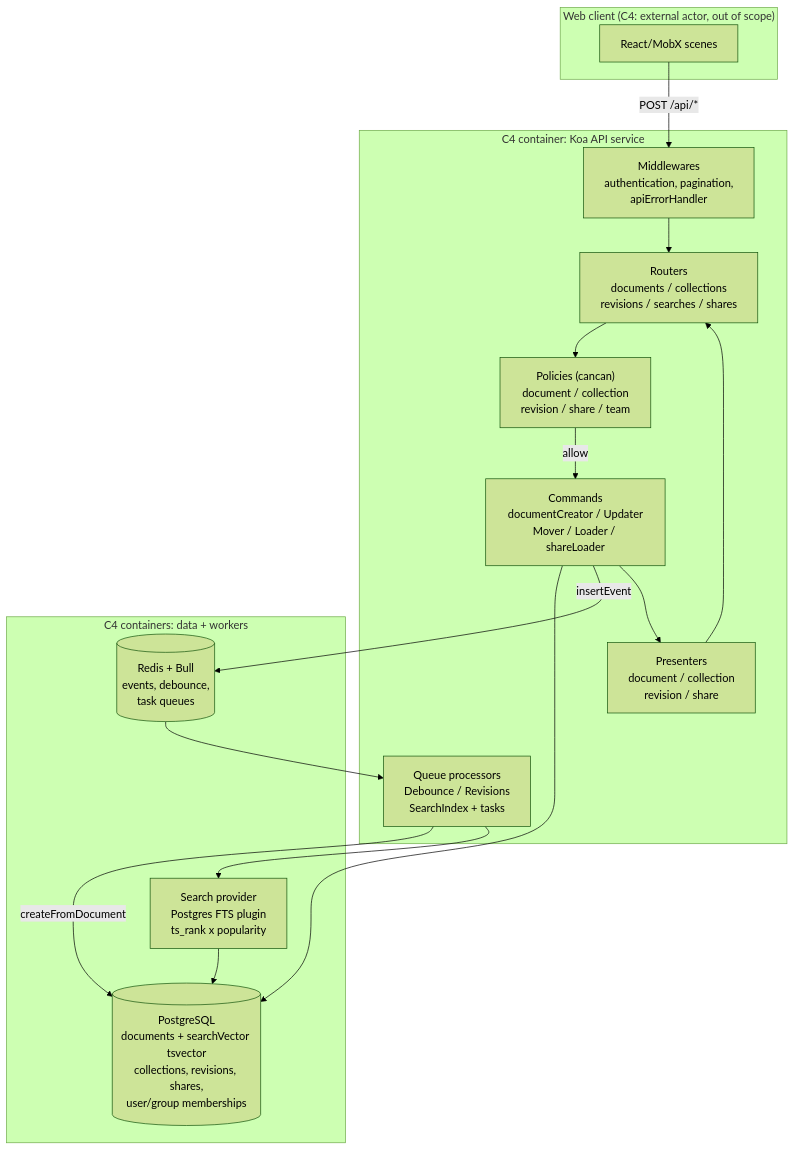
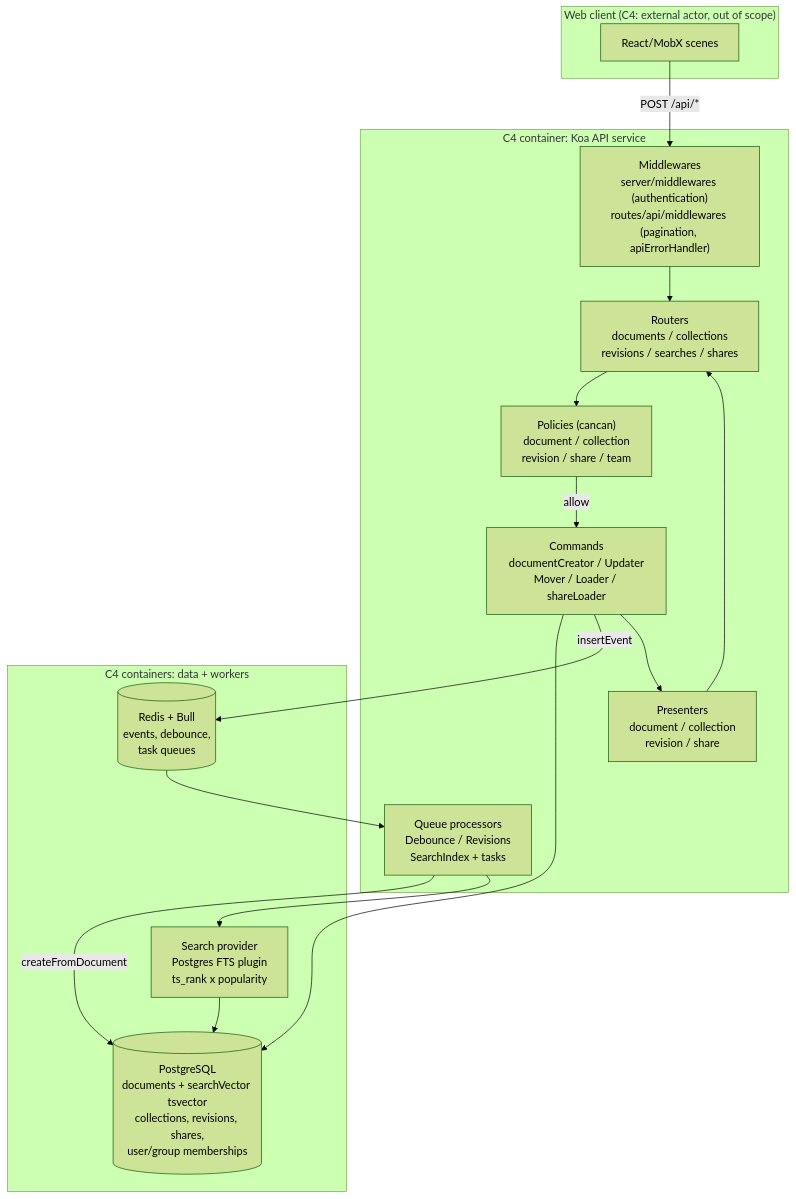
One commit to alphatrann/outline changed the second of 6 diagrams in docs/sprint1/dataflows.md. Above: the diagram before and after it, drawn with Mermaid (forest theme). The commit also changed other lines of this file and 2 other files, not shown here.

Commit message:
docs(sprint1): single-source diagrams inline, drop .mmd copies

````diff
--- a/docs/sprint1/dataflows.md
+++ b/docs/sprint1/dataflows.md
@@ -29,31 +29,31 @@
 ```mermaid
 flowchart TB
   subgraph Client["Web client (C4: external actor, out of scope)"]
     UI["React/MobX scenes"]
   end
   subgraph API["C4 container: Koa API service"]
-    MW["Middlewares<br/>authentication, pagination,<br/>apiErrorHandler"]
+    MW["Middlewares<br/>server/middlewares (authentication)<br/>routes/api/middlewares (pagination, apiErrorHandler)"]
     Router["Routers<br/>documents / collections<br/>revisions / searches / shares"]
     Pol["Policies (cancan)<br/>document / collection<br/>revision / share / team"]
     Cmd["Commands<br/>documentCreator / Updater<br/>Mover / Loader / shareLoader"]
     Pres["Presenters<br/>document / collection<br/>revision / share"]
     Proc["Queue processors<br/>Debounce / Revisions<br/>SearchIndex + tasks"]
   end
   subgraph Data["C4 containers: data + workers"]
     PG[("PostgreSQL<br/>documents + searchVector tsvector<br/>collections, revisions, shares,<br/>user/group memberships")]
     Redis[("Redis + Bull<br/>events, debounce,<br/>task queues")]
     Search["Search provider<br/>Postgres FTS plugin<br/>ts_rank x popularity"]
   end
   UI -->|"POST /api/*"| MW
   MW --> Router
   Router --> Pol
   Pol -->|"allow"| Cmd
   Cmd --> PG
   Cmd -->|"insertEvent"| Redis
   Redis --> Proc
   Proc -->|"createFromDocument"| PG
   Proc --> Search
   Search --> PG
   Cmd --> Pres
   Pres --> Router
 ```
````
